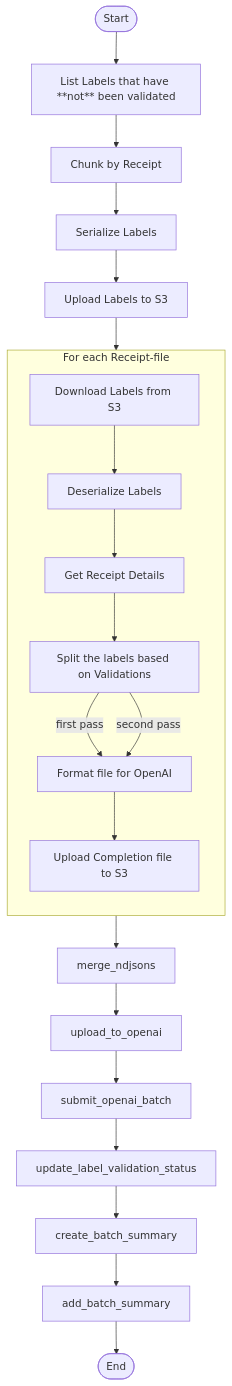
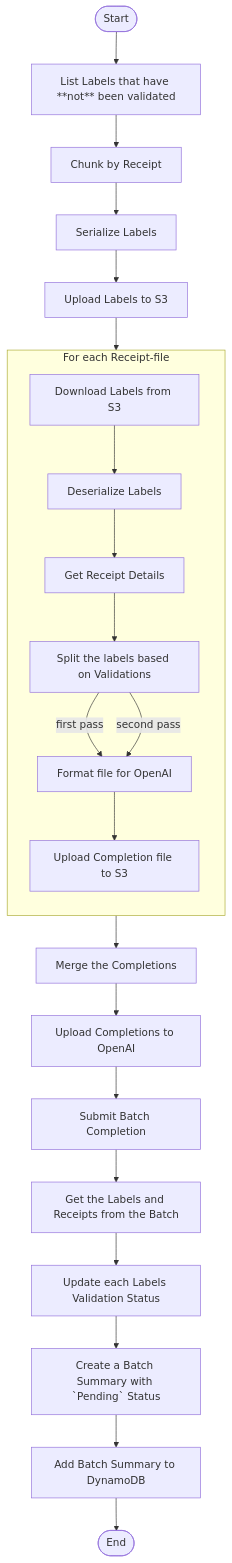
The diagram in receipt_label/receipt_label/submit_completion_batch/README.md (tnorlund/Portfolio), drawn with Mermaid before and after one commit. The commit also changed 6 other files, not shown here.

````diff
--- a/receipt_label/receipt_label/submit_completion_batch/README.md
+++ b/receipt_label/receipt_label/submit_completion_batch/README.md
@@ -133,29 +133,30 @@
 ```mermaid
 flowchart TB
     %% ───────── Stage 1 : List Labels that need Validation ─────────
     Start([Start]) --> list_labels_that_need_validation["List Labels that have **not** been validated"]
     list_labels_that_need_validation --> chunk_into_completion_batches["Chunk by Receipt"]
     chunk_into_completion_batches --> serialize_labels["Serialize Labels"]
     serialize_labels --> upload_serialized_labels["Upload Labels to S3"]
     upload_serialized_labels --> PerReceiptMap
 
     %% ───────── Stage 2 : Format Completions ─────────
     subgraph PerReceiptMap["For each Receipt-file"]
         direction TB
         download_serialized_labels["Download Labels from S3"] --> deserialize_labels["Deserialize Labels"]
         deserialize_labels --> get_receipt_details["Get Receipt Details"]
         get_receipt_details --> split_first_and_second_pass["Split the labels based on Validations"]
         split_first_and_second_pass -- first pass --> format_batch_completion_file["Format file for OpenAI"]
         split_first_and_second_pass -- second pass --> format_batch_completion_file
         format_batch_completion_file --> upload_completion_batch_file["Upload Completion file to S3"]
     end
 
     %% ───────── Stage 3 : Batch for OpenAI ─────────
-    PerReceiptMap --> merge_ndjsons
-    merge_ndjsons --> upload_to_openai
-    upload_to_openai --> submit_openai_batch
-    submit_openai_batch --> update_label_validation_status
-    update_label_validation_status --> create_batch_summary
-    create_batch_summary --> add_batch_summary
+    PerReceiptMap --> merge_ndjsons["Merge the Completions"]
+    merge_ndjsons --> upload_to_openai["Upload Completions to OpenAI"]
+    upload_to_openai --> submit_openai_batch["Submit Batch Completion"]
+    submit_openai_batch --> get_labels_from_ndjson["Get the Labels and Receipts from the Batch"]
+    get_labels_from_ndjson --> update_label_validation_status["Update each Labels Validation Status"]
+    update_label_validation_status --> create_batch_summary["Create a Batch Summary with `Pending` Status"]
+    create_batch_summary --> add_batch_summary["Add Batch Summary to DynamoDB"]
     add_batch_summary --> End([End])
 ```
````
